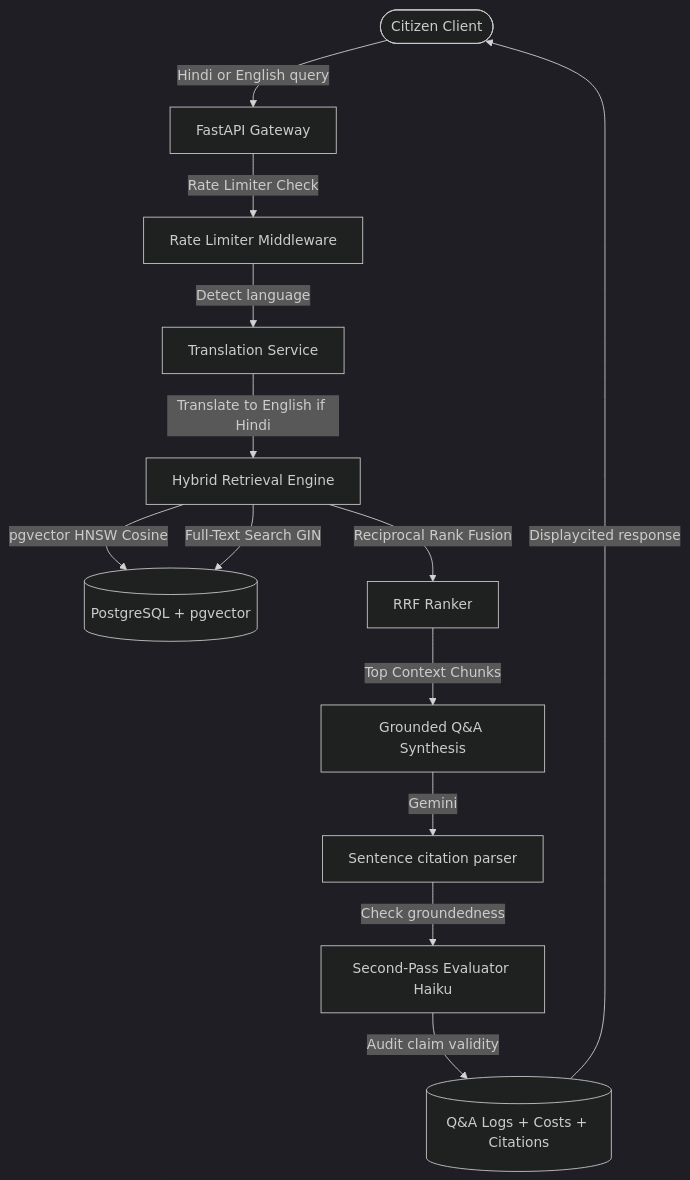
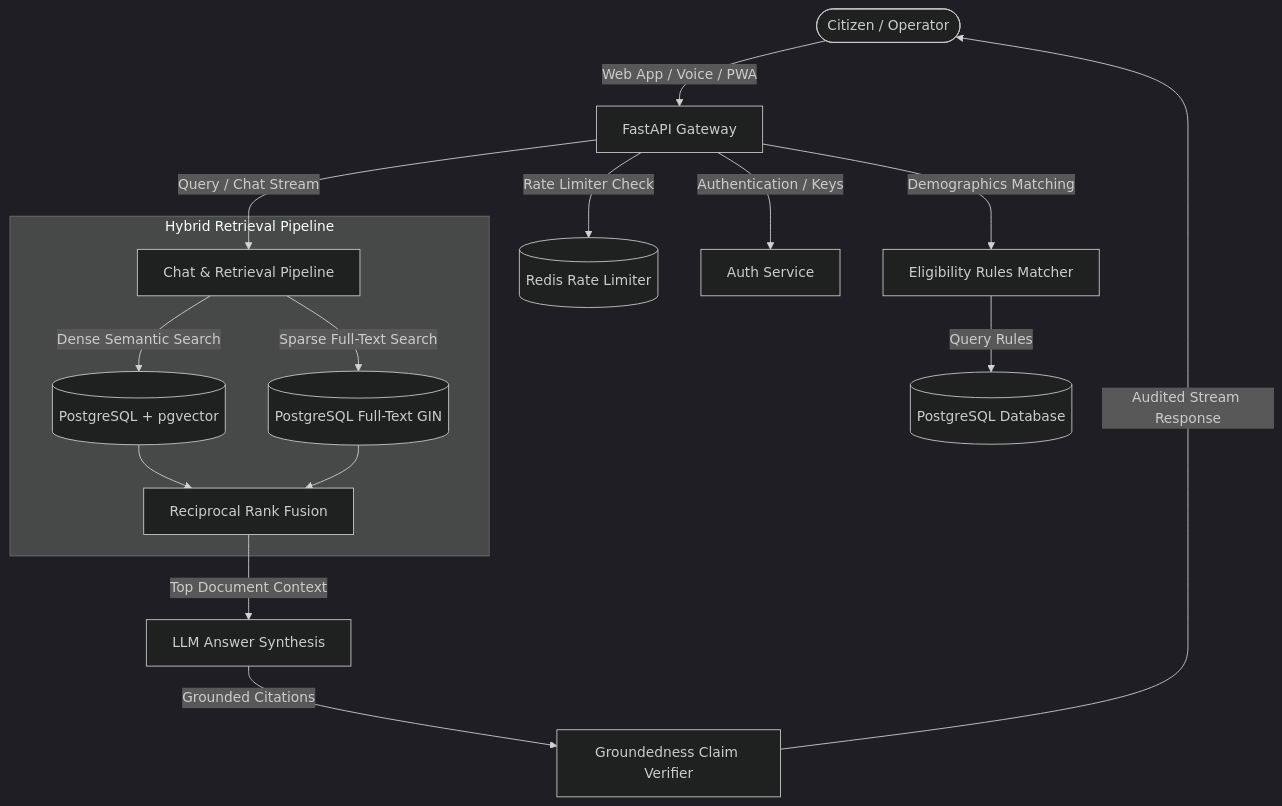
One commit to Pushpam0123/Sahayak-Govt-Scheme changed the diagram in README.md. Above: the diagram before and after it, drawn with Mermaid (dark theme). The commit also changed other lines of this file and 13 other files, not shown here.

````diff
--- a/README.md
+++ b/README.md
@@ -22,15 +39,21 @@
 ```mermaid
 graph TD
-    User([Citizen Client]) -->|Hindi or English query| API[FastAPI Gateway]
-    API -->|Rate Limiter Check| RL[Rate Limiter Middleware]
-    RL -->|Detect language| Trans[Translation Service]
-    Trans -->|Translate to English if Hindi| Retriever[Hybrid Retrieval Engine]
-    Retriever -->|pgvector HNSW Cosine| DB[(PostgreSQL + pgvector)]
-    Retriever -->|Full-Text Search GIN| DB
-    Retriever -->|Reciprocal Rank Fusion| RRF[RRF Ranker]
-    RRF -->|Top Context Chunks| QA[Grounded Q&A Synthesis]
-    QA -->|Gemini| Sentences[Sentence citation parser]
-    Sentences -->|Check groundedness| Judge[Second-Pass Evaluator Haiku]
-    Judge -->|Audit claim validity| Log[(Q&A Logs + Costs + Citations)]
-    Log -->|Displaycited response| User
+    User([Citizen / Operator]) -->|Web App / Voice / PWA| Gateway[FastAPI Gateway]
+    Gateway -->|Rate Limiter Check| Redis[(Redis Rate Limiter)]
+    Gateway -->|Authentication / Keys| Auth[Auth Service]
+    Gateway -->|Query / Chat Stream| Chat[Chat & Retrieval Pipeline]
+    
+    subgraph "Hybrid Retrieval Pipeline"
+        Chat -->|Dense Semantic Search| PGVector[(PostgreSQL + pgvector)]
+        Chat -->|Sparse Full-Text Search| PGFTS[(PostgreSQL Full-Text GIN)]
+        PGVector --> RRF[Reciprocal Rank Fusion]
+        PGFTS --> RRF
+    end
+    
+    RRF -->|Top Document Context| Synthesis[LLM Answer Synthesis]
+    Synthesis -->|Grounded Citations| Verifier[Groundedness Claim Verifier]
+    Verifier -->|Audited Stream Response| User
+
+    Gateway -->|Demographics Matching| Eligibility[Eligibility Rules Matcher]
+    Eligibility -->|Query Rules| DB[(PostgreSQL Database)]
 ```
````
